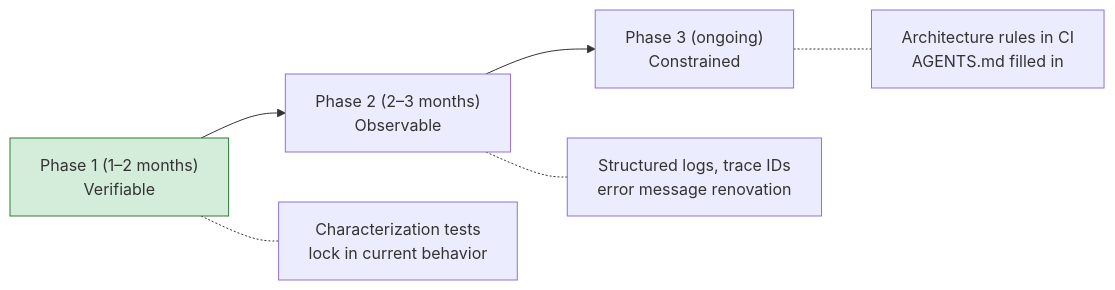
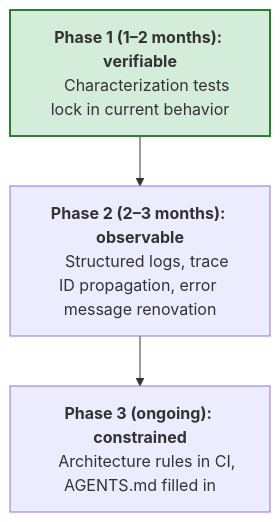
Before and after one commit to fantasybz/medium-articles: the third of 3 diagrams in 2026-10-agentic-harness-blueprint/article.en.md, drawn with Mermaid. The commit also changed 26 other files, not shown here.

First line of the commit message:
Redraw the remaining wide and tall diagrams across all four articles

````diff
--- a/2026-10-agentic-harness-blueprint/article.en.md
+++ b/2026-10-agentic-harness-blueprint/article.en.md
@@ -210,8 +210,11 @@
 ```mermaid
-flowchart LR
-    S1["Phase 1 (1–2 months)<br/>Verifiable"] --> S2["Phase 2 (2–3 months)<br/>Observable"] --> S3["Phase 3 (ongoing)<br/>Constrained"]
-    S1 -.- T1["Characterization tests<br/>lock in current behavior"]
-    S2 -.- T2["Structured logs, trace IDs<br/>error message renovation"]
-    S3 -.- T3["Architecture rules in CI<br/>AGENTS.md filled in"]
-    style S1 fill:#d4edda,stroke:#2e7d32
+flowchart TB
+    S1["<b>Phase 1 (1–2 months): verifiable</b>
+    Characterization tests lock in current behavior"]
+    S2["<b>Phase 2 (2–3 months): observable</b>
+    Structured logs, trace ID propagation, error message renovation"]
+    S3["<b>Phase 3 (ongoing): constrained</b>
+    Architecture rules in CI, AGENTS.md filled in"]
+    S1 --> S2 --> S3
+    style S1 fill:#d4edda,stroke:#2e7d32,stroke-width:2px
 ```
````
